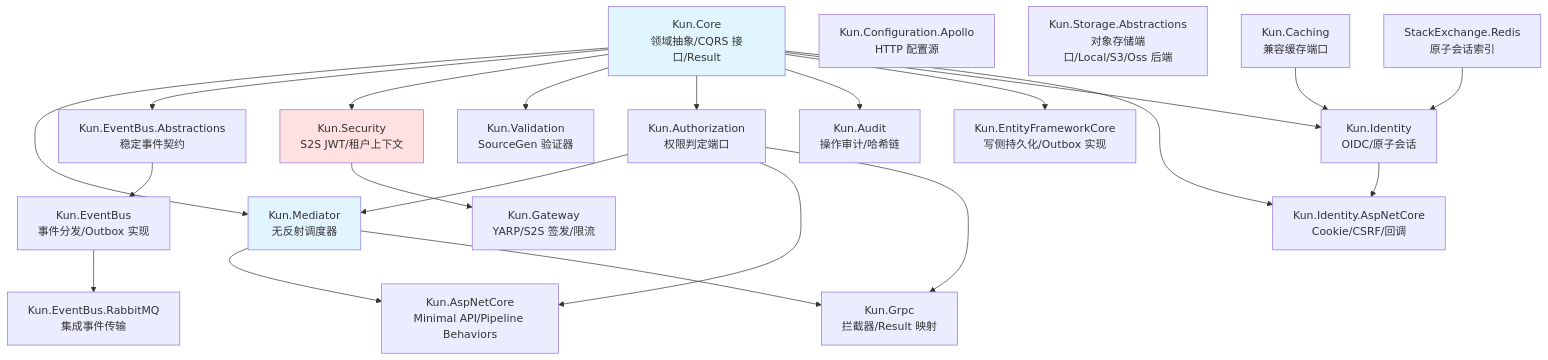
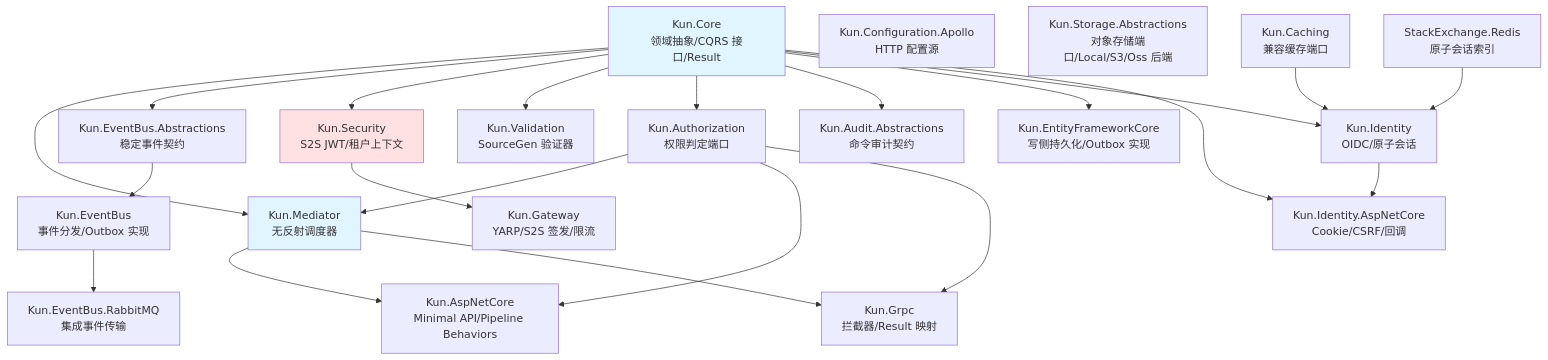
The diagram in docs/design/module-map.md (CavaiLAB/kun), drawn with Mermaid before and after one commit. The commit also changed other lines of this file and 190 other files, not shown here.

Commit message:
refactor(audit): 统一命令链、原生存储和实体事务审计 [S1-KUN-025]

````diff
--- a/docs/design/module-map.md
+++ b/docs/design/module-map.md
@@ -147,34 +148,34 @@
 ```mermaid
 graph TD
     Core[Kun.Core<br/>领域抽象/CQRS 接口/Result] --> Mediator[Kun.Mediator<br/>无反射调度器]
     Core --> EventContracts[Kun.EventBus.Abstractions<br/>稳定事件契约]
     EventContracts --> EventBus[Kun.EventBus<br/>事件分发/Outbox 实现]
     Core --> Security[Kun.Security<br/>S2S JWT/租户上下文]
     Core --> Validation[Kun.Validation<br/>SourceGen 验证器]
     Core --> Authorization[Kun.Authorization<br/>权限判定端口]
     Authorization --> Mediator
     Authorization --> AspNet
     Authorization --> Grpc
     Apollo[Kun.Configuration.Apollo<br/>HTTP 配置源]
-    Core --> Audit[Kun.Audit<br/>操作审计/哈希链]
+    Core --> Audit[Kun.Audit.Abstractions<br/>命令审计契约]
 
     Core --> EfCore[Kun.EntityFrameworkCore<br/>写侧持久化/Outbox 实现]
 
     EventBus --> RabbitMq[Kun.EventBus.RabbitMQ<br/>集成事件传输]
 
     Storage[Kun.Storage.Abstractions<br/>对象存储端口/Local/S3/Oss 后端]
 
     Mediator --> AspNet[Kun.AspNetCore<br/>Minimal API/Pipeline Behaviors]
     Mediator --> Grpc[Kun.Grpc<br/>拦截器/Result 映射]
 
     Security --> Gateway[Kun.Gateway<br/>YARP/S2S 签发/限流]
     Core --> Identity[Kun.Identity<br/>OIDC/原子会话]
     Caching[Kun.Caching<br/>兼容缓存端口] --> Identity
     RedisClient[StackExchange.Redis<br/>原子会话索引] --> Identity
     Identity --> IdentityWeb[Kun.Identity.AspNetCore<br/>Cookie/CSRF/回调]
     Core --> IdentityWeb
 
     style Core fill:#e1f5ff
     style Mediator fill:#e1f5ff
     style Security fill:#ffe1e1
 ```
````
